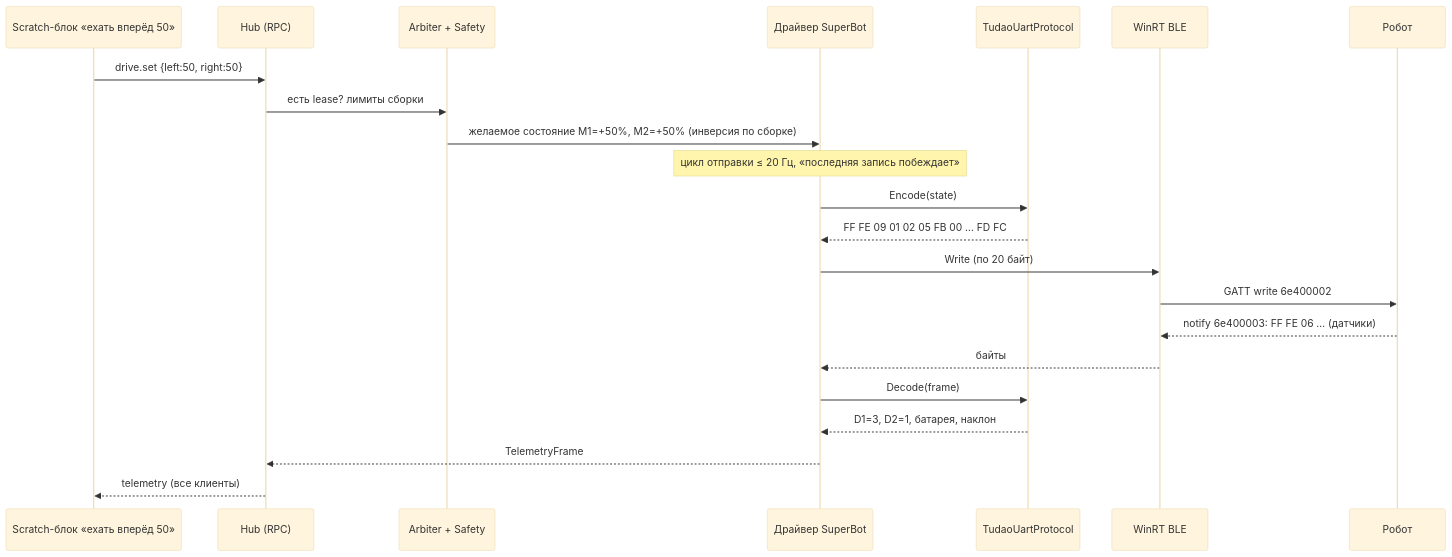
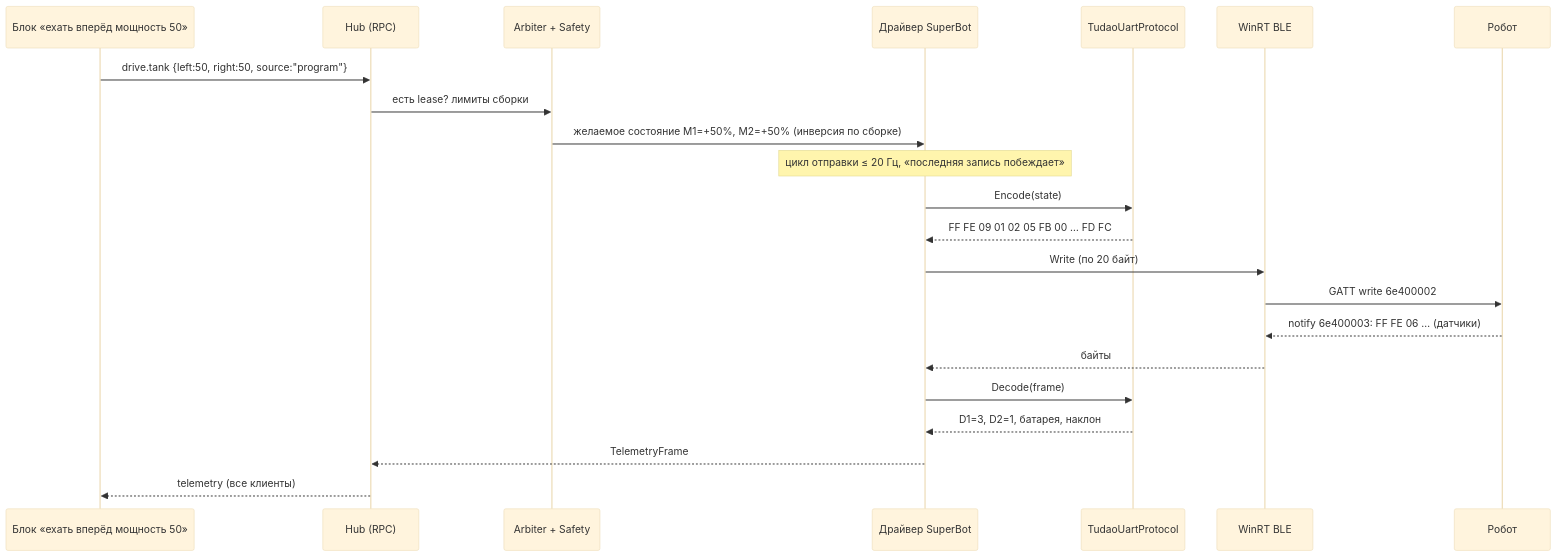
One commit to EugeneSoftwareDeveloper/Gearbit changed the second of 3 diagrams in docs/ARCHITECTURE.md. Above: the diagram before and after it, drawn with Mermaid (base theme). The commit also changed other lines of this file and 34 other files, not shown here.

````diff
--- a/docs/ARCHITECTURE.md
+++ b/docs/ARCHITECTURE.md
@@ -89,25 +88,25 @@
 ```mermaid
 sequenceDiagram
-    participant S as Scratch-блок «ехать вперёд 50»
+    participant S as Блок «ехать вперёд мощность 50»
     participant H as Hub (RPC)
     participant A as Arbiter + Safety
     participant D as Драйвер SuperBot
     participant P as TudaoUartProtocol
     participant T as WinRT BLE
     participant R as Робот
 
-    S->>H: drive.set {left:50, right:50}
+    S->>H: drive.tank {left:50, right:50, source:"program"}
     H->>A: есть lease? лимиты сборки
     A->>D: желаемое состояние M1=+50%, M2=+50% (инверсия по сборке)
     Note over D: цикл отправки ≤ 20 Гц, «последняя запись побеждает»
     D->>P: Encode(state)
     P-->>D: FF FE 09 01 02 05 FB 00 … FD FC
     D->>T: Write (по 20 байт)
     T->>R: GATT write 6e400002
     R-->>T: notify 6e400003: FF FE 06 … (датчики)
     T-->>D: байты
     D->>P: Decode(frame)
     P-->>D: D1=3, D2=1, батарея, наклон
     D-->>H: TelemetryFrame
     H-->>S: telemetry (все клиенты)
 ```
````
